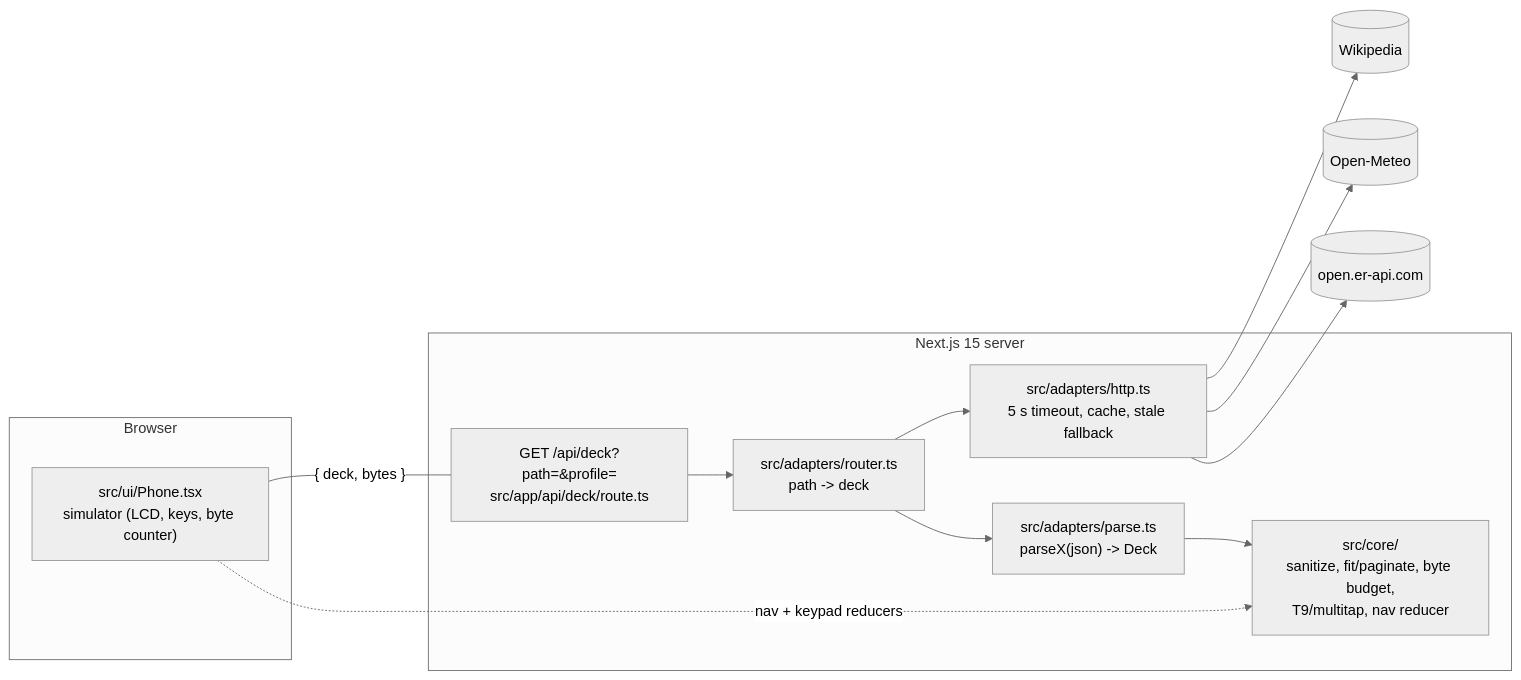
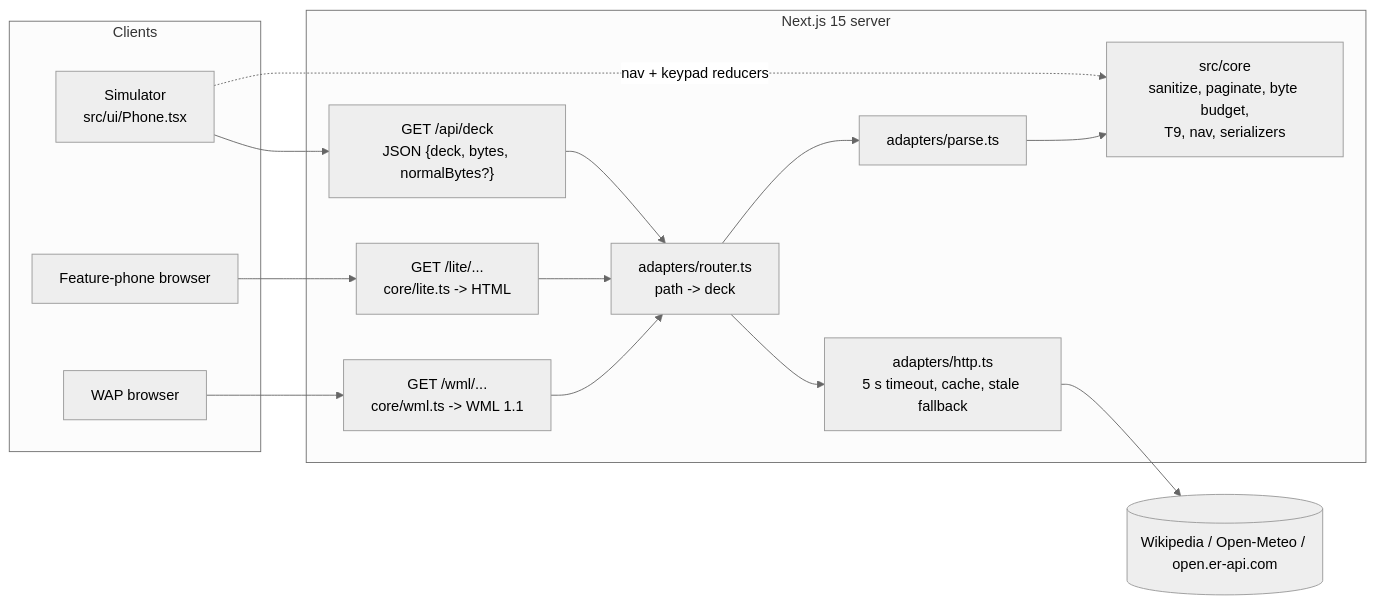
Before and after one commit to kida256-glitch/revenant: the diagram in README.md, drawn with Mermaid (neutral theme). The commit also changed other lines of this file and 1 other file, not shown here.

Commit message:
M4.4: README for simulator, /lite and /wml

````diff
--- a/README.md
+++ b/README.md
@@ -22,23 +32,25 @@
 ```mermaid
 flowchart LR
-  subgraph Browser
-    UI["src/ui/Phone.tsx<br/>simulator (LCD, keys, byte counter)"]
+  subgraph Clients
+    Sim["Simulator<br/>src/ui/Phone.tsx"]
+    Lite["Feature-phone browser"]
+    WAP["WAP browser"]
   end
   subgraph Server["Next.js 15 server"]
-    API["GET /api/deck?path=&profile=<br/>src/app/api/deck/route.ts"]
-    Router["src/adapters/router.ts<br/>path -> deck"]
-    HTTP["src/adapters/http.ts<br/>5 s timeout, cache, stale fallback"]
-    Parse["src/adapters/parse.ts<br/>parseX(json) -> Deck"]
-    Core["src/core/<br/>sanitize, fit/paginate, byte budget,<br/>T9/multitap, nav reducer"]
+    API["GET /api/deck<br/>JSON {deck, bytes, normalBytes?}"]
+    LiteR["GET /lite/...<br/>core/lite.ts -> HTML"]
+    WmlR["GET /wml/...<br/>core/wml.ts -> WML 1.1"]
+    Router["adapters/router.ts<br/>path -> deck"]
+    HTTP["adapters/http.ts<br/>5 s timeout, cache, stale fallback"]
+    Parse["adapters/parse.ts"]
+    Core["src/core<br/>sanitize, paginate, byte budget,<br/>T9, nav, serializers"]
   end
-  Wiki[(Wikipedia)]
-  Meteo[(Open-Meteo)]
-  ER[(open.er-api.com)]
-  UI -- "{ deck, bytes }" --- API
-  API --> Router
-  Router --> HTTP
-  HTTP --> Wiki & Meteo & ER
-  Router --> Parse
-  Parse --> Core
-  UI -. "nav + keypad reducers" .-> Core
+  Up[(Wikipedia / Open-Meteo / open.er-api.com)]
+  Sim --> API
+  Lite --> LiteR
+  WAP --> WmlR
+  API & LiteR & WmlR --> Router
+  Router --> HTTP --> Up
+  Router --> Parse --> Core
+  Sim -. "nav + keypad reducers" .-> Core
 ```
````
